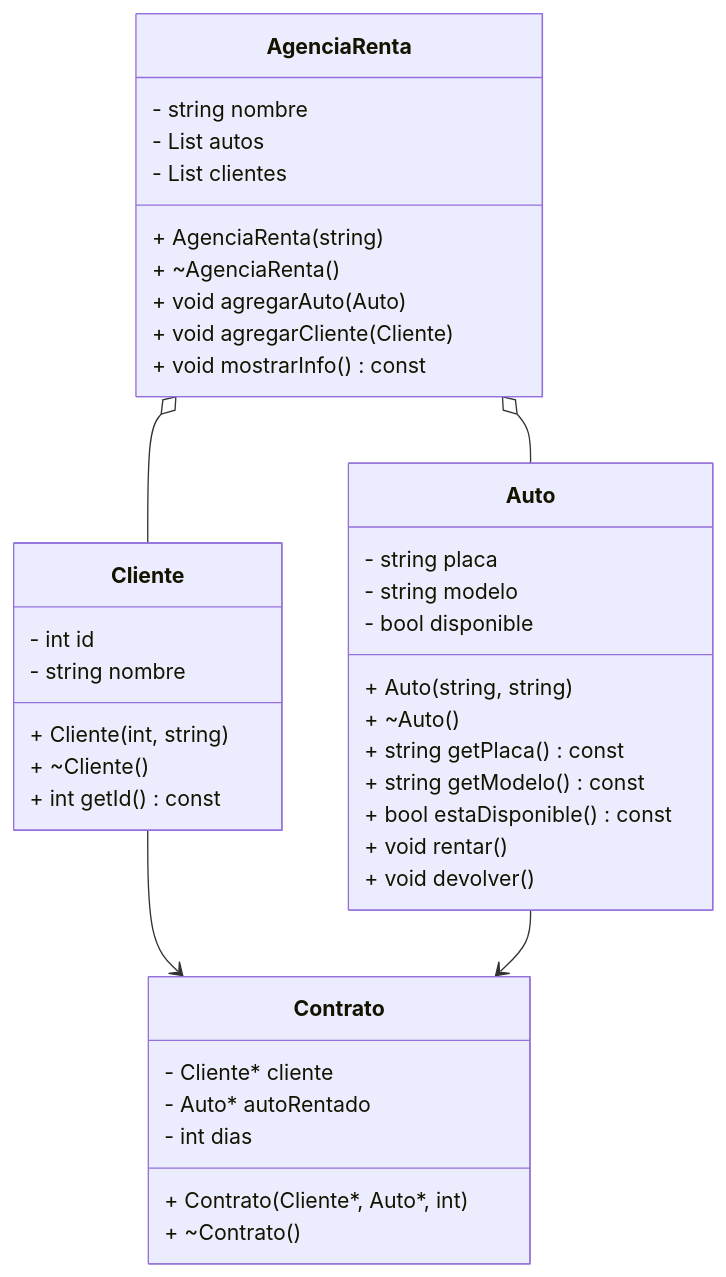
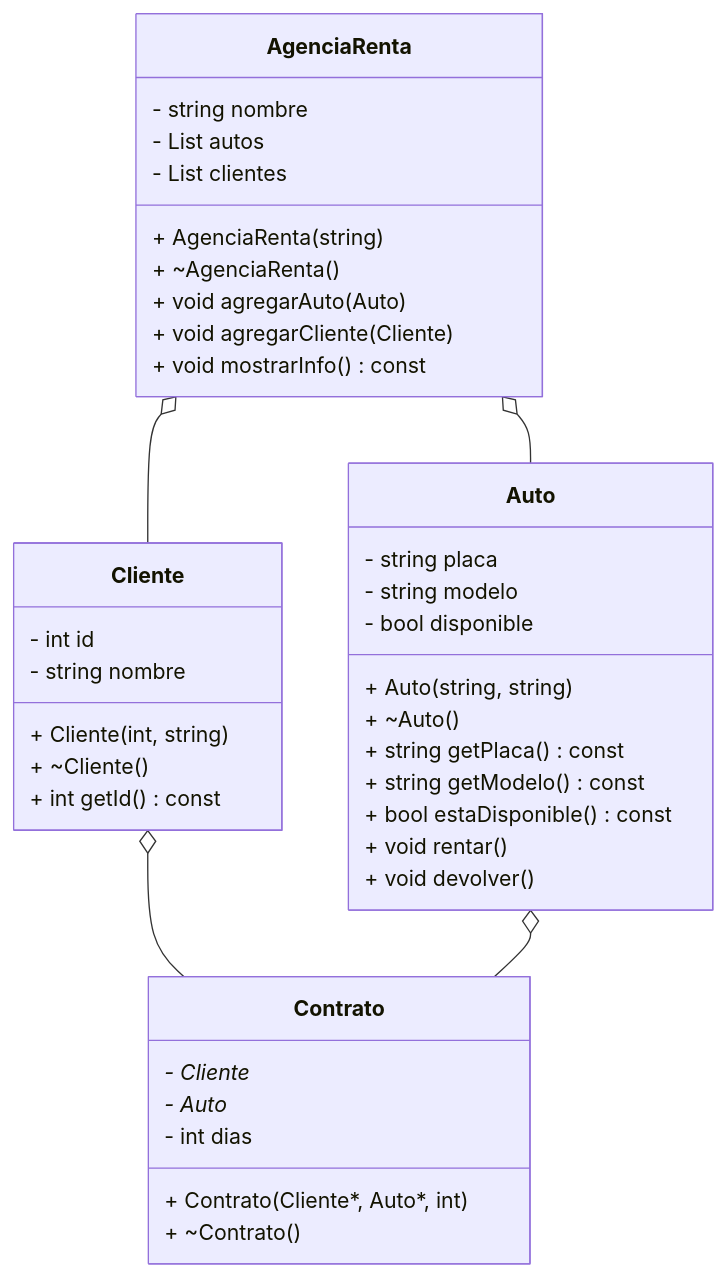
The second of 2 diagrams in README.md (juanferml/diagramasUML), drawn with Mermaid before and after one commit.

````diff
--- a/README.md
+++ b/README.md
@@ -43,48 +43,48 @@
 ```mermaid
 classDiagram
 	
 	class Auto {
 		- string placa
 		- string modelo
 		- bool disponible
 		+ Auto(string, string)
 		+ ~Auto()
 		+ string getPlaca()const
 		+ string getModelo()const
 		+ bool estaDisponible()const
 		+ void rentar()
 		+ void devolver()
 	}
 	
 	class Cliente {
 		- int id
 		- string nombre
 		+ Cliente(int, string)
 		+ ~Cliente()
 		+ int getId()const
 	}
 
 	class Contrato {
-		- Cliente* cliente
-		- Auto* autoRentado
+		- Cliente*
+		- Auto*
 		- int dias
 		+ Contrato(Cliente*, Auto*, int)
 		+ ~Contrato()
 	}
 
 	class AgenciaRenta {
 		- string nombre
 		- List<Auto> autos
 		- List<Cliente> clientes
 		+ AgenciaRenta(string)
 		+ ~AgenciaRenta()
 		+ void agregarAuto(Auto)
 		+ void agregarCliente(Cliente)
 		+ void mostrarInfo()const
 	}
 
-	Cliente --> Contrato
-	Auto --> Contrato
+	Cliente o-- Contrato
+	Auto o-- Contrato
  	AgenciaRenta o-- Auto 
 	AgenciaRenta o-- Cliente 
 ```
````
